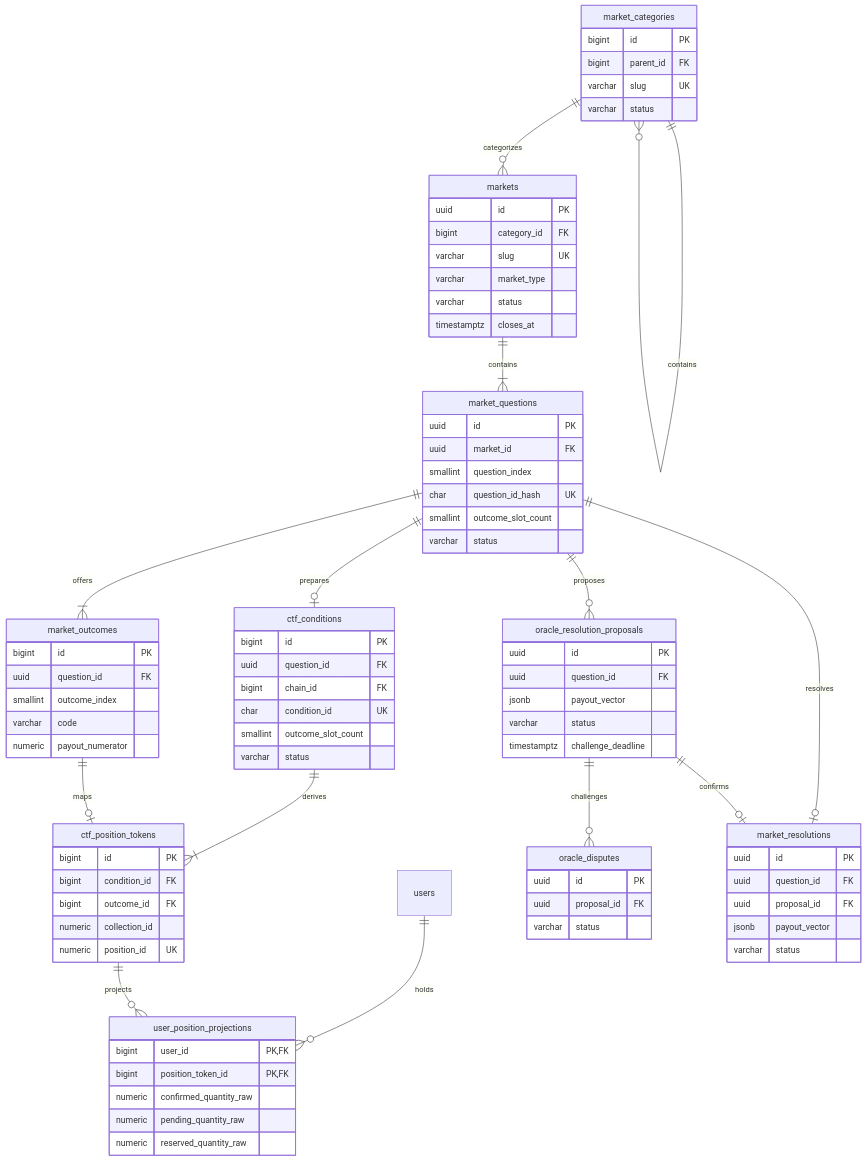
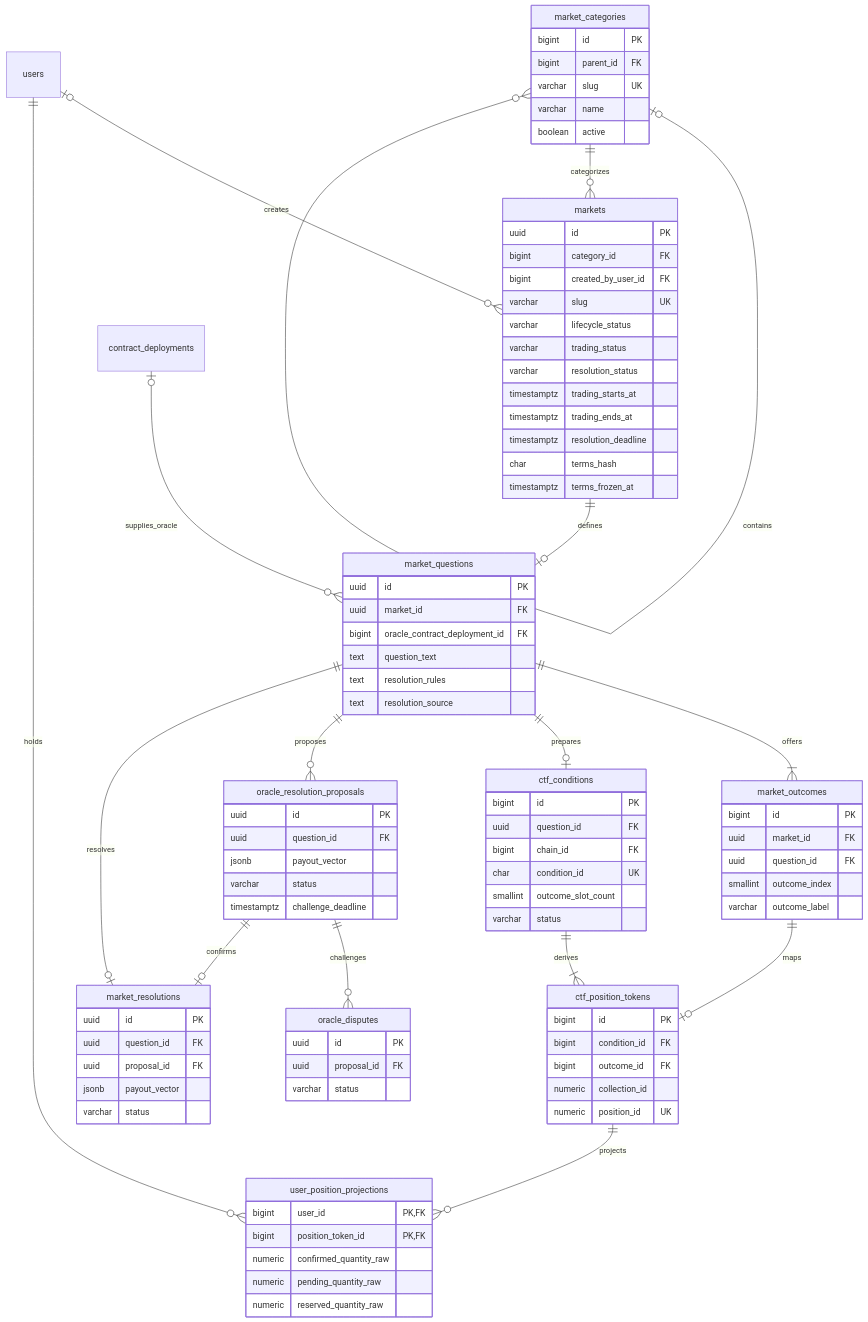
Before and after one commit to khmerfp/khmerfp: the third of 5 diagrams in docs/architecture/BLOCKCHAIN_DATABASE_ERD.md, drawn with Mermaid. The commit also changed 11 other files, not shown here.

````diff
--- a/docs/architecture/BLOCKCHAIN_DATABASE_ERD.md
+++ b/docs/architecture/BLOCKCHAIN_DATABASE_ERD.md
@@ -221,9 +221,11 @@
 ```mermaid
 erDiagram
-    market_categories ||--o{ market_categories : contains
+    market_categories o|--o{ market_categories : contains
     market_categories ||--o{ markets : categorizes
-    markets ||--|{ market_questions : contains
+    users o|--o{ markets : creates
+    markets ||--o| market_questions : defines
     market_questions ||--|{ market_outcomes : offers
+    contract_deployments o|--o{ market_questions : supplies_oracle
     market_questions ||--o| ctf_conditions : prepares
     ctf_conditions ||--|{ ctf_position_tokens : derives
     market_outcomes ||--o| ctf_position_tokens : maps
@@ -239,30 +241,37 @@
       bigint id PK
       bigint parent_id FK
       varchar slug UK
-      varchar status
+      varchar name
+      boolean active
     }
     markets {
       uuid id PK
       bigint category_id FK
+      bigint created_by_user_id FK
       varchar slug UK
-      varchar market_type
-      varchar status
-      timestamptz closes_at
+      varchar lifecycle_status
+      varchar trading_status
+      varchar resolution_status
+      timestamptz trading_starts_at
+      timestamptz trading_ends_at
+      timestamptz resolution_deadline
+      char terms_hash
+      timestamptz terms_frozen_at
     }
     market_questions {
       uuid id PK
       uuid market_id FK
-      smallint question_index
-      char question_id_hash UK
-      smallint outcome_slot_count
-      varchar status
+      bigint oracle_contract_deployment_id FK
+      text question_text
+      text resolution_rules
+      text resolution_source
     }
     market_outcomes {
       bigint id PK
+      uuid market_id FK
       uuid question_id FK
       smallint outcome_index
-      varchar code
-      numeric payout_numerator
+      varchar outcome_label
     }
     ctf_conditions {
       bigint id PK
````
